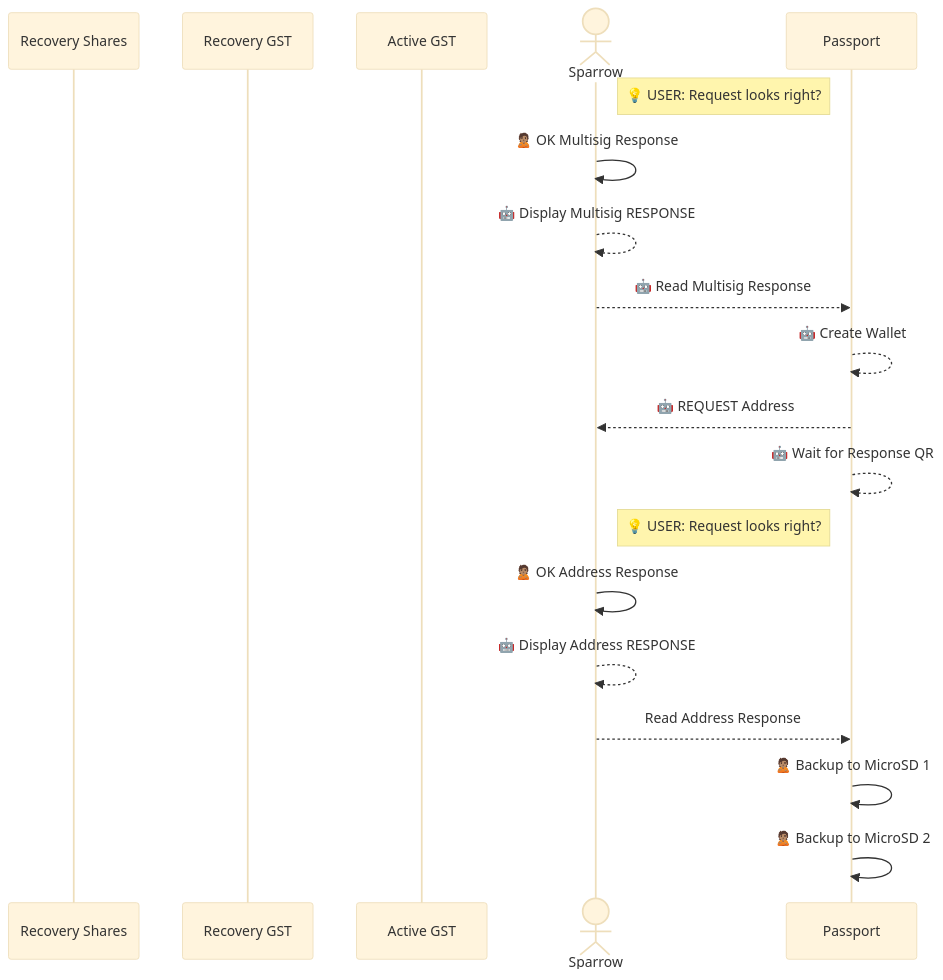
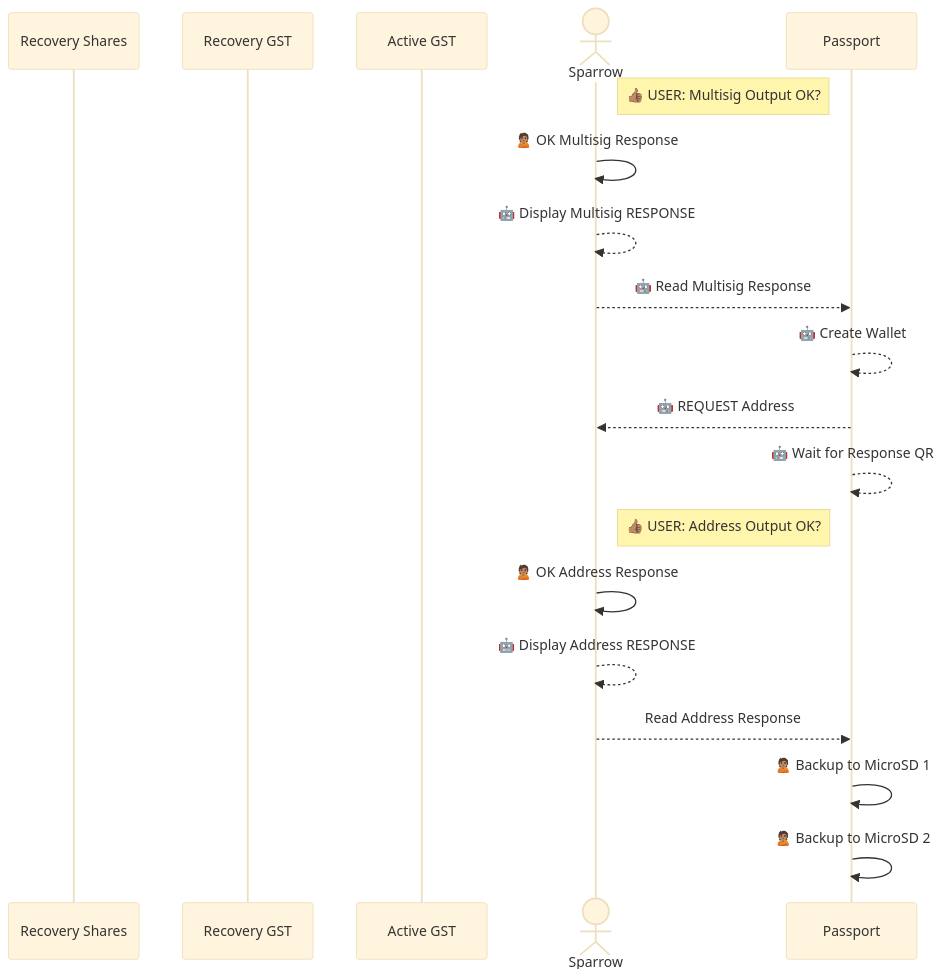
Before and after one commit to BlockchainCommons/SmartCustody: diagram 12 of 12 in Docs/Scenario-Multisig-RR.md, drawn with Mermaid (base theme). The commit also changed other lines of this file, not shown here.

````diff
--- a/Docs/Scenario-Multisig-RR.md
+++ b/Docs/Scenario-Multisig-RR.md
@@ -324,23 +326,23 @@
 ```mermaid
 sequenceDiagram
 participant Rs as Recovery Shares
 participant R as Recovery GST
 participant S1 as Active GST
 actor TC as Sparrow
 participant S2 as Passport
 
-note right of TC: 💡 USER: Request looks right?
+note right of TC: 👍🏽 USER: Multisig Output OK?
 TC->>TC: 🙎🏽 OK Multisig Response
 TC-->>TC: 🤖 Display Multisig RESPONSE
 TC-->>S2: 🤖 Read Multisig Response
 S2-->>S2: 🤖 Create Wallet
 S2-->>TC: 🤖 REQUEST Address
 S2-->>S2: 🤖 Wait for Response QR
 
-note right of TC: 💡 USER: Request looks right?
+note right of TC: 👍🏽 USER: Address Output OK?
 TC->>TC: 🙎🏽 OK Address Response
 TC-->>TC: 🤖 Display Address RESPONSE
 TC-->>S2: Read Address Response
 S2->>S2: 🙎🏽 Backup to MicroSD 1
 S2->>S2: 🙎🏽 Backup to MicroSD 2
 ```
````
